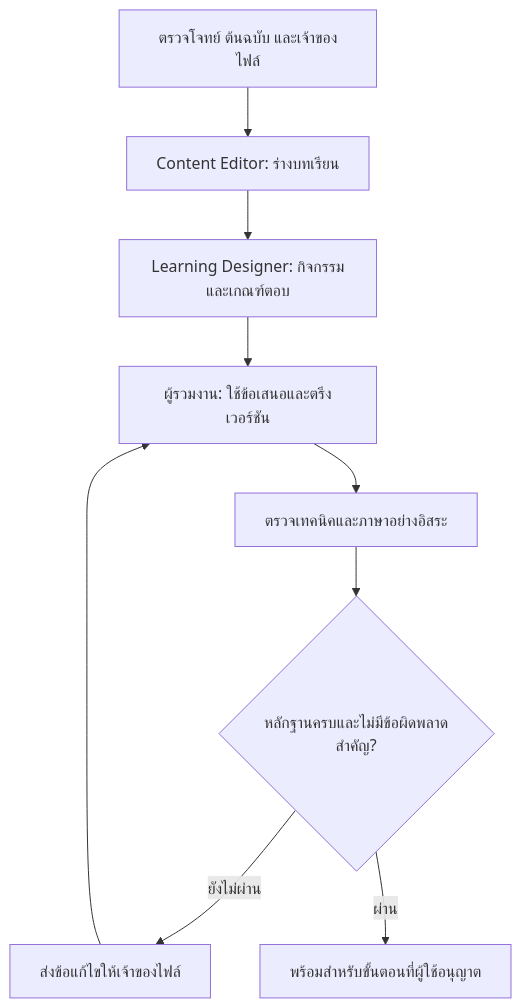
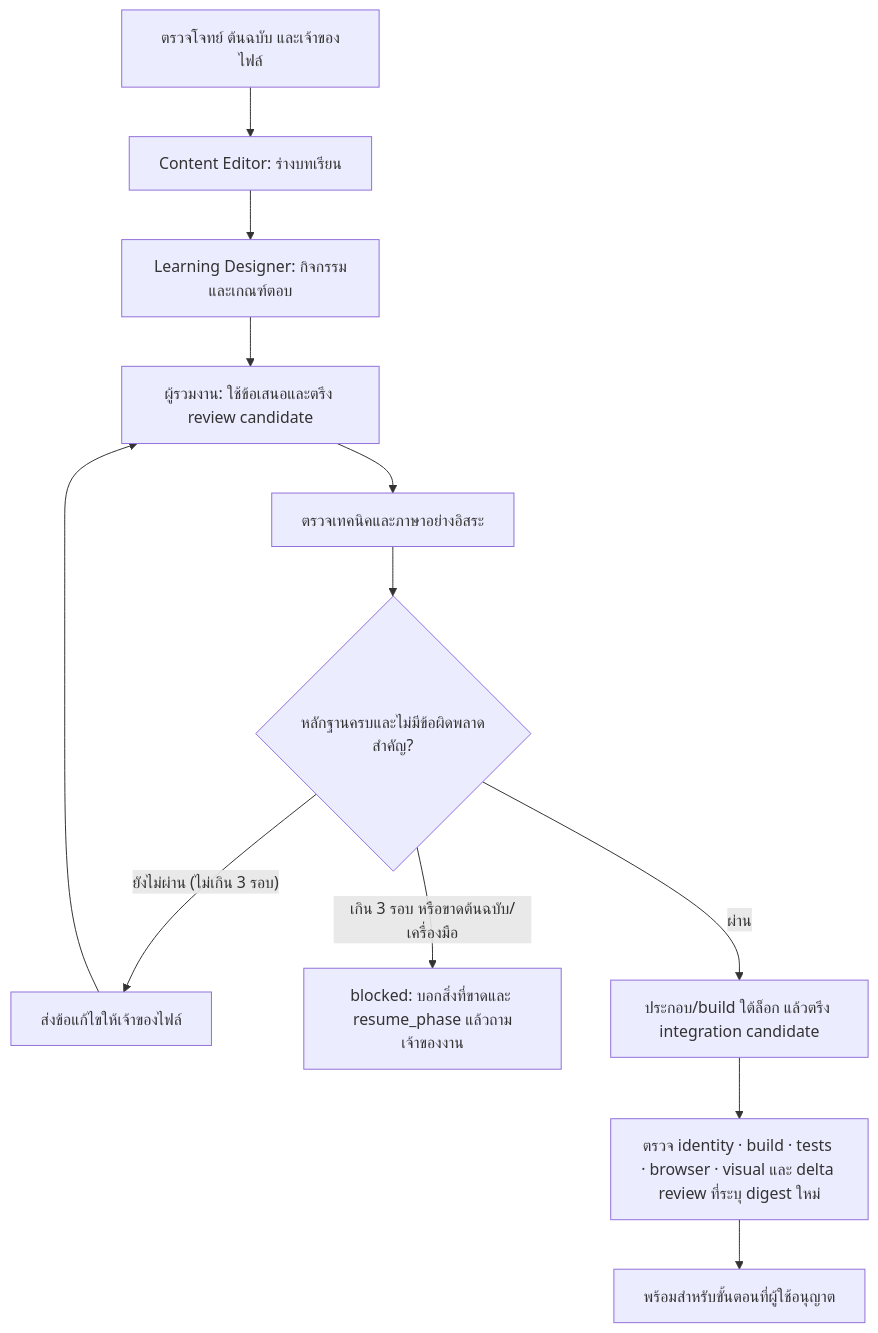
One commit to ROYIN001/atlas-site changed the diagram in claude/atlas-skills-workflow.md. Above: the diagram before and after it, drawn with Mermaid. The commit also changed other lines of this file and 63 other files, not shown here.

````diff
--- a/claude/atlas-skills-workflow.md
+++ b/claude/atlas-skills-workflow.md
@@ -16,11 +16,14 @@
 ```mermaid
 flowchart TD
     A["ตรวจโจทย์ ต้นฉบับ และเจ้าของไฟล์"] --> B["Content Editor: ร่างบทเรียน"]
     B --> C["Learning Designer: กิจกรรมและเกณฑ์ตอบ"]
-    C --> D["ผู้รวมงาน: ใช้ข้อเสนอและตรึงเวอร์ชัน"]
+    C --> D["ผู้รวมงาน: ใช้ข้อเสนอและตรึง review candidate"]
     D --> E["ตรวจเทคนิคและภาษาอย่างอิสระ"]
     E --> F{"หลักฐานครบและไม่มีข้อผิดพลาดสำคัญ?"}
-    F -->|"ยังไม่ผ่าน"| G["ส่งข้อแก้ไขให้เจ้าของไฟล์"]
+    F -->|"ยังไม่ผ่าน (ไม่เกิน 3 รอบ)"| G["ส่งข้อแก้ไขให้เจ้าของไฟล์"]
     G --> D
-    F -->|"ผ่าน"| H["พร้อมสำหรับขั้นตอนที่ผู้ใช้อนุญาต"]
+    F -->|"เกิน 3 รอบ หรือขาดต้นฉบับ/เครื่องมือ"| X["blocked: บอกสิ่งที่ขาดและ resume_phase แล้วถามเจ้าของงาน"]
+    F -->|"ผ่าน"| I["ประกอบ/build ใต้ล็อก แล้วตรึง integration candidate"]
+    I --> J["ตรวจ identity · build · tests · browser · visual และ delta review ที่ระบุ digest ใหม่"]
+    J --> H["พร้อมสำหรับขั้นตอนที่ผู้ใช้อนุญาต"]
 ```
````
